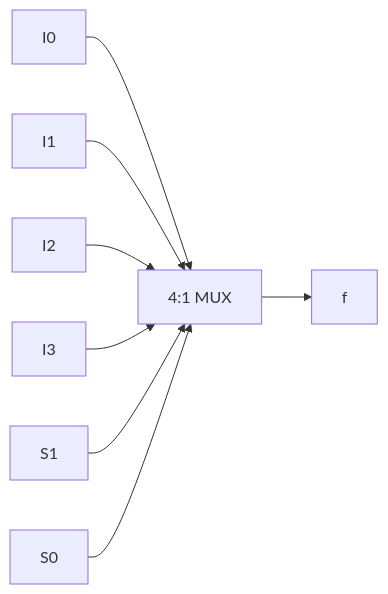
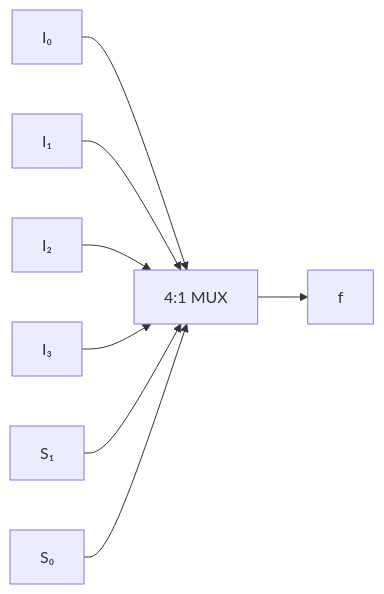
The fourth of 6 diagrams in Module-4-Focused.md (RaghulExists/VLSI), drawn with Mermaid before and after one commit. The commit also changed other lines of this file, not shown here.

Commit message:
Improve readability: format subscripts/variables with inline LaTeX and Unicode in diagrams

````diff
--- a/Module-4-Focused.md
+++ b/Module-4-Focused.md
@@ -357,10 +358,10 @@
 ```mermaid
 flowchart LR
-    I0["I0"] --> MUX["4:1 MUX"]
-    I1["I1"] --> MUX
-    I2["I2"] --> MUX
-    I3["I3"] --> MUX
-    S1["S1"] --> MUX
-    S0["S0"] --> MUX
+    I0["I₀"] --> MUX["4:1 MUX"]
+    I1["I₁"] --> MUX
+    I2["I₂"] --> MUX
+    I3["I₃"] --> MUX
+    S1["S₁"] --> MUX
+    S0["S₀"] --> MUX
     MUX --> f["f"]
 ```
````
